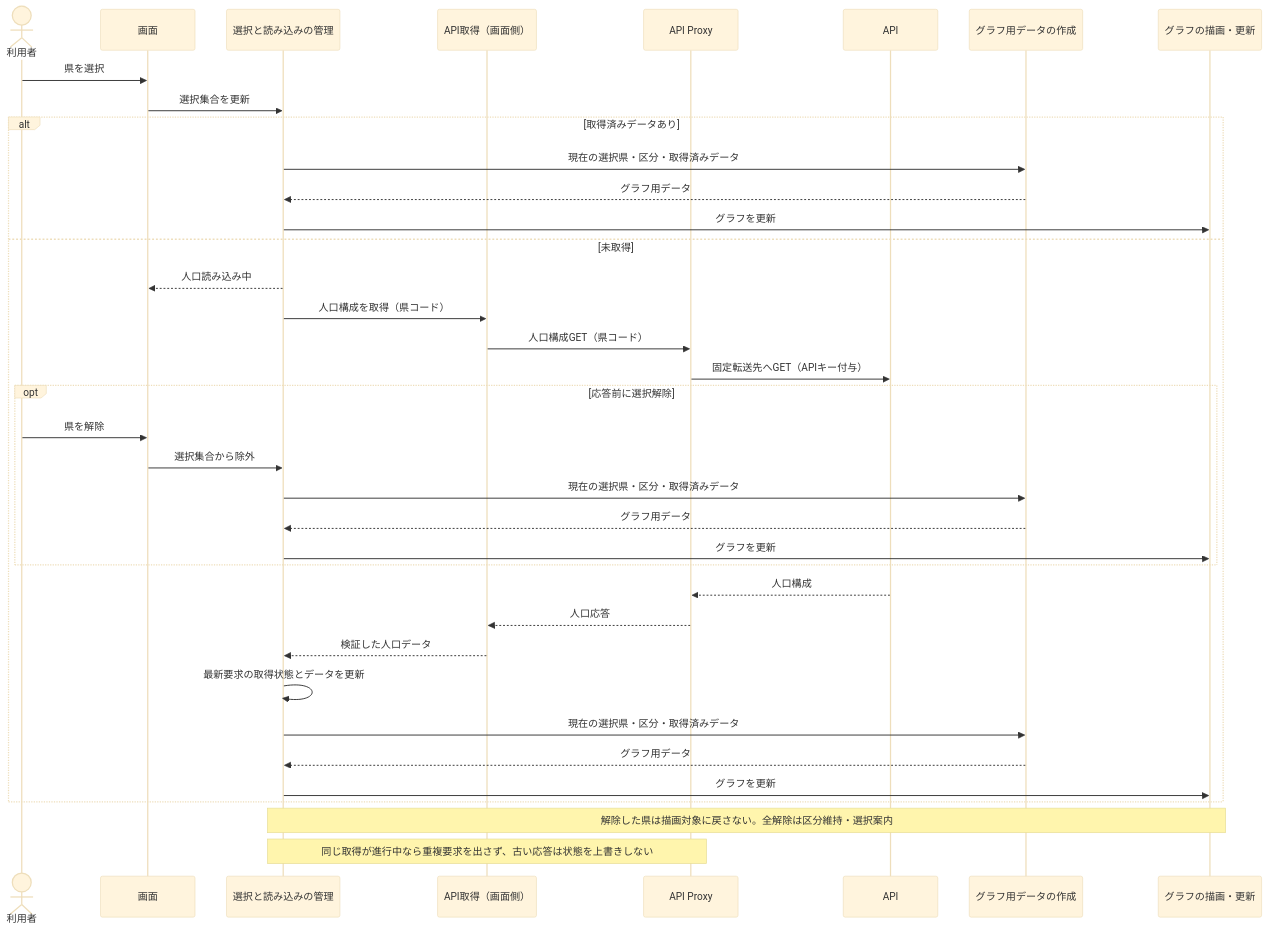
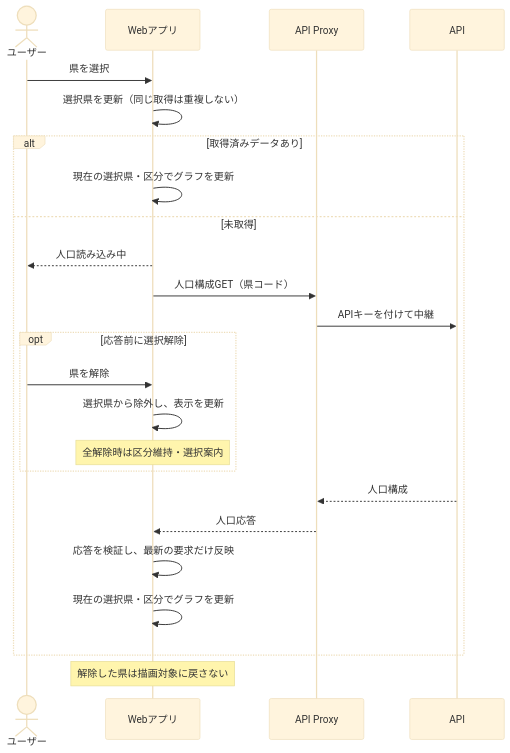
One commit to t2421/frontend-engineer-codecheck changed the third of 5 diagrams in docs/DESIGN.md. Above: the diagram before and after it, drawn with Mermaid (base theme). The commit also changed other lines of this file, not shown here.

Commit message:
シーケンス図をシステム境界で整理

````diff
--- a/docs/DESIGN.md
+++ b/docs/DESIGN.md
@@ -70,39 +64,26 @@
 ```mermaid
 sequenceDiagram
-  actor User as 利用者
-  participant UI as 画面
-  participant State as 選択と読み込みの管理
-  participant Fetch as API取得（画面側）
+  actor User as ユーザー
+  participant App as Webアプリ
   participant Proxy as API Proxy
   participant API as API
-  participant Transform as グラフ用データの作成
-  participant Chart as グラフの描画・更新
-  User->>UI: 県を選択
-  UI->>State: 選択集合を更新
+  User->>App: 県を選択
+  App->>App: 選択県を更新（同じ取得は重複しない）
   alt 取得済みデータあり
-    State->>Transform: 現在の選択県・区分・取得済みデータ
-    Transform-->>State: グラフ用データ
-    State->>Chart: グラフを更新
+    App->>App: 現在の選択県・区分でグラフを更新
   else 未取得
-    State-->>UI: 人口読み込み中
-    State->>Fetch: 人口構成を取得（県コード）
-    Fetch->>Proxy: 人口構成GET（県コード）
-    Proxy->>API: 固定転送先へGET（APIキー付与）
+    App-->>User: 人口読み込み中
+    App->>Proxy: 人口構成GET（県コード）
+    Proxy->>API: APIキーを付けて中継
     opt 応答前に選択解除
-      User->>UI: 県を解除
-      UI->>State: 選択集合から除外
-      State->>Transform: 現在の選択県・区分・取得済みデータ
-      Transform-->>State: グラフ用データ
-      State->>Chart: グラフを更新
+      User->>App: 県を解除
+      App->>App: 選択県から除外し、表示を更新
+      Note over App: 全解除時は区分維持・選択案内
     end
     API-->>Proxy: 人口構成
-    Proxy-->>Fetch: 人口応答
-    Fetch-->>State: 検証した人口データ
-    State->>State: 最新要求の取得状態とデータを更新
-    State->>Transform: 現在の選択県・区分・取得済みデータ
-    Transform-->>State: グラフ用データ
-    State->>Chart: グラフを更新
+    Proxy-->>App: 人口応答
+    App->>App: 応答を検証し、最新の要求だけ反映
+    App->>App: 現在の選択県・区分でグラフを更新
   end
-  Note over State,Chart: 解除した県は描画対象に戻さない。全解除は区分維持・選択案内
-  Note over State,Proxy: 同じ取得が進行中なら重複要求を出さず、古い応答は状態を上書きしない
+  Note over App: 解除した県は描画対象に戻さない
 ```
````
